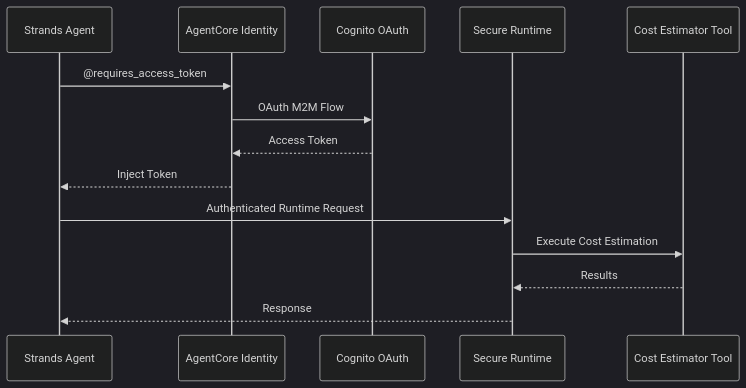
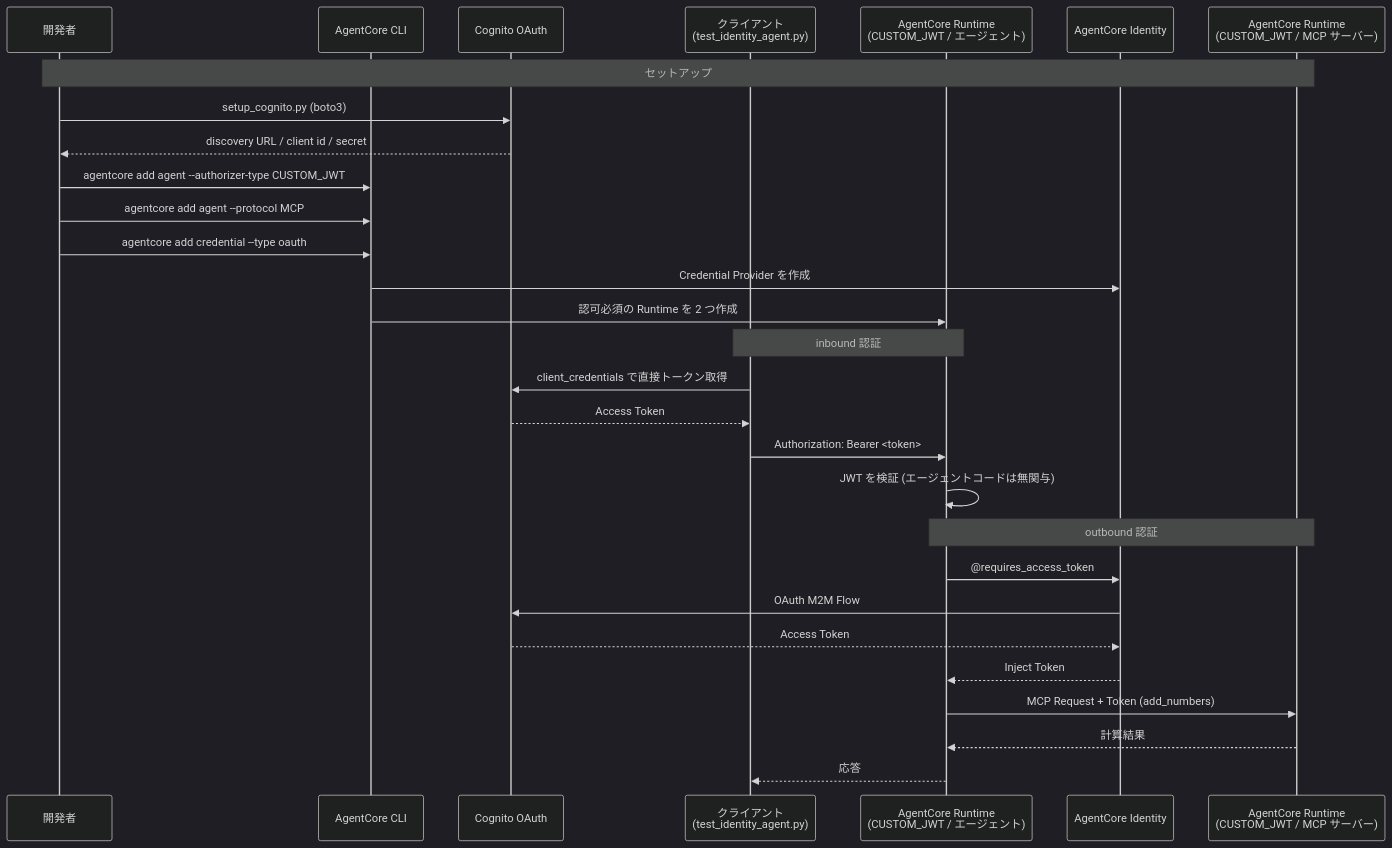
The diagram in 06_identity/README_ja.md (aws-samples/sample-amazon-bedrock-agentcore-onboarding), drawn with Mermaid (dark theme) before and after one commit. The commit also changed other lines of this file and 68 other files, not shown here.

First line of the commit message:
feat: migrate labs from Starter Toolkit to AgentCore CLI

````diff
--- a/06_identity/README_ja.md
+++ b/06_identity/README_ja.md
@@ -9,17 +9,34 @@
 ```mermaid
 sequenceDiagram
-    participant Agent as Strands Agent
+    participant Dev as 開発者
+    participant CLI as AgentCore CLI
+    participant Cognito as Cognito OAuth
+    participant Client as クライアント<br/>(test_identity_agent.py)
+    participant Runtime as AgentCore Runtime<br/>(CUSTOM_JWT / エージェント)
     participant Identity as AgentCore Identity
-    participant Cognito as Cognito OAuth
-    participant Runtime as Secure Runtime
-    participant Tool as Cost Estimator Tool
+    participant Mcp as AgentCore Runtime<br/>(CUSTOM_JWT / MCP サーバー)
 
-    Agent->>Identity: @requires_access_token
+    Note over Dev,Mcp: セットアップ
+    Dev->>Cognito: setup_cognito.py (boto3)
+    Cognito-->>Dev: discovery URL / client id / secret
+    Dev->>CLI: agentcore add agent --authorizer-type CUSTOM_JWT
+    Dev->>CLI: agentcore add agent --protocol MCP
+    Dev->>CLI: agentcore add credential --type oauth
+    CLI->>Identity: Credential Provider を作成
+    CLI->>Runtime: 認可必須の Runtime を 2 つ作成
+
+    Note over Client,Runtime: inbound 認証
+    Client->>Cognito: client_credentials で直接トークン取得
+    Cognito-->>Client: Access Token
+    Client->>Runtime: Authorization: Bearer <token>
+    Runtime->>Runtime: JWT を検証 (エージェントコードは無関与)
+
+    Note over Runtime,Mcp: outbound 認証
+    Runtime->>Identity: @requires_access_token
     Identity->>Cognito: OAuth M2M Flow
     Cognito-->>Identity: Access Token
-    Identity-->>Agent: Inject Token
-    Agent->>Runtime: Authenticated Runtime Request
-    Runtime->>Tool: Execute Cost Estimation
-    Tool-->>Runtime: Results
-    Runtime-->>Agent: Response
+    Identity-->>Runtime: Inject Token
+    Runtime->>Mcp: MCP Request + Token (add_numbers)
+    Mcp-->>Runtime: 計算結果
+    Runtime-->>Client: 応答
 ```
````
